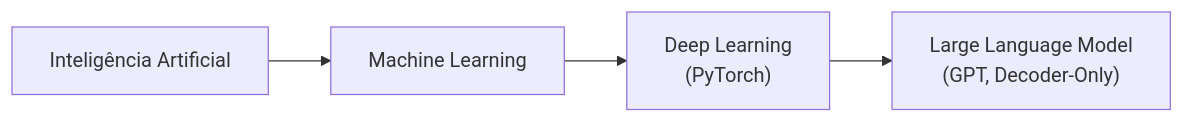
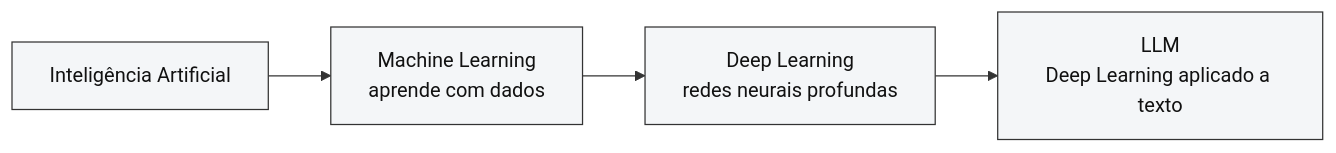
One commit to AlanHoff5/Asphal-LLM changed the second of 2 diagrams in sprints/ch01/mapa_conceitual_gpt.md. Above: the diagram before and after it, drawn with Mermaid. The commit also changed other lines of this file and 1 other file, not shown here.

````diff
--- a/sprints/ch01/mapa_conceitual_gpt.md
+++ b/sprints/ch01/mapa_conceitual_gpt.md
@@ -75,6 +130,8 @@
 ```mermaid
 flowchart LR
-    IA["Inteligência Artificial"] --> ML["Machine Learning"]
-    ML --> DL["Deep Learning\n(PyTorch)"]
-    DL --> LLM["Large Language Model\n(GPT, Decoder-Only)"]
+    IA["Inteligência Artificial"] --> ML["Machine Learning<br/>aprende com dados"]
+    ML --> DL["Deep Learning<br/>redes neurais profundas"]
+    DL --> LLM["LLM<br/>Deep Learning aplicado a texto"]
+    classDef n fill:#f4f6f8,stroke:#333,color:#111
+    class IA,ML,DL,LLM n
 ```
````
